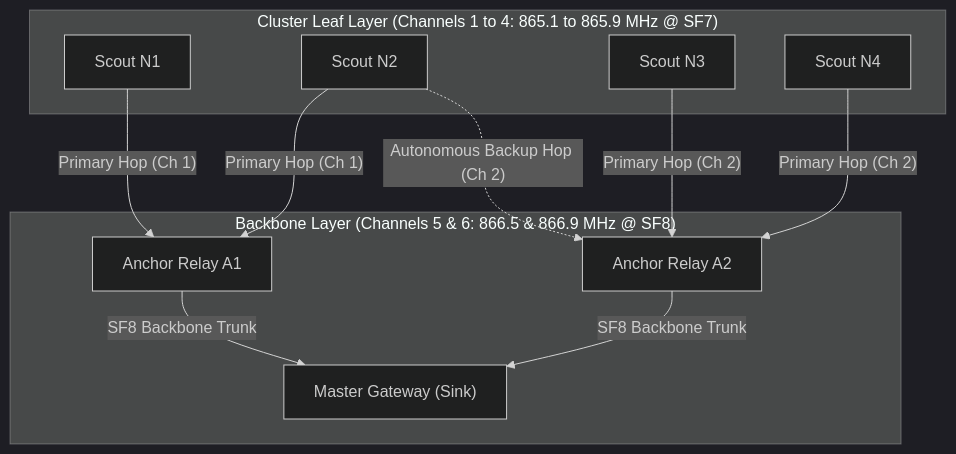
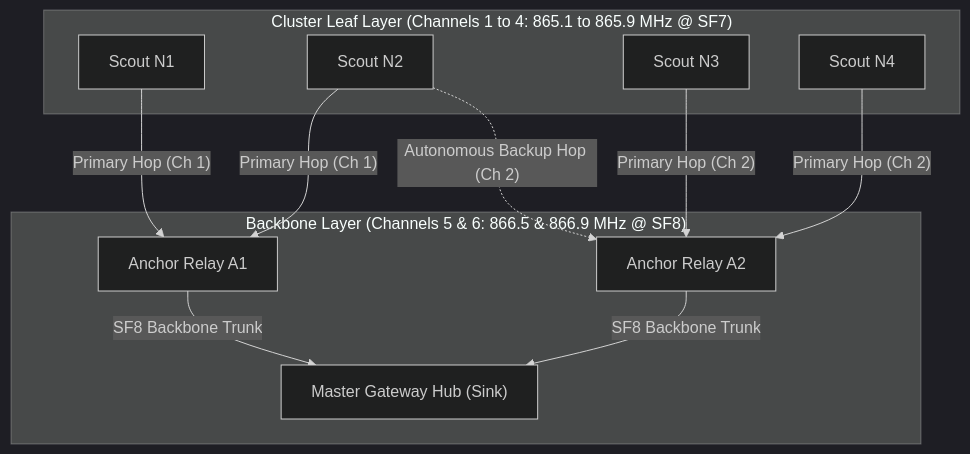
One commit to lively-life7/SIH-Documentation changed the diagram in docs/03-mesh-networking/routing-and-failover.md. Above: the diagram before and after it, drawn with Mermaid (dark theme). The commit also changed other lines of this file and 44 other files, not shown here.

````diff
--- a/docs/03-mesh-networking/routing-and-failover.md
+++ b/docs/03-mesh-networking/routing-and-failover.md
@@ -12,22 +19,22 @@
 ```mermaid
 flowchart TD
     subgraph BACKBONE["Backbone Layer (Channels 5 & 6: 866.5 & 866.9 MHz @ SF8)"]
-        GW["Master Gateway (Sink)"]
+        GW["Master Gateway Hub (Sink)"]
         A1["Anchor Relay A1"]
         A2["Anchor Relay A2"]
         A1 -->|"SF8 Backbone Trunk"| GW
         A2 -->|"SF8 Backbone Trunk"| GW
     end
 
     subgraph CLUSTERS["Cluster Leaf Layer (Channels 1 to 4: 865.1 to 865.9 MHz @ SF7)"]
         N1["Scout N1"]
         N2["Scout N2"]
         N3["Scout N3"]
         N4["Scout N4"]
         N1 -->|"Primary Hop (Ch 1)"| A1
         N2 -->|"Primary Hop (Ch 1)"| A1
         N3 -->|"Primary Hop (Ch 2)"| A2
         N4 -->|"Primary Hop (Ch 2)"| A2
         N2 -.->|"Autonomous Backup Hop (Ch 2)"| A2
     end
 ```
````
